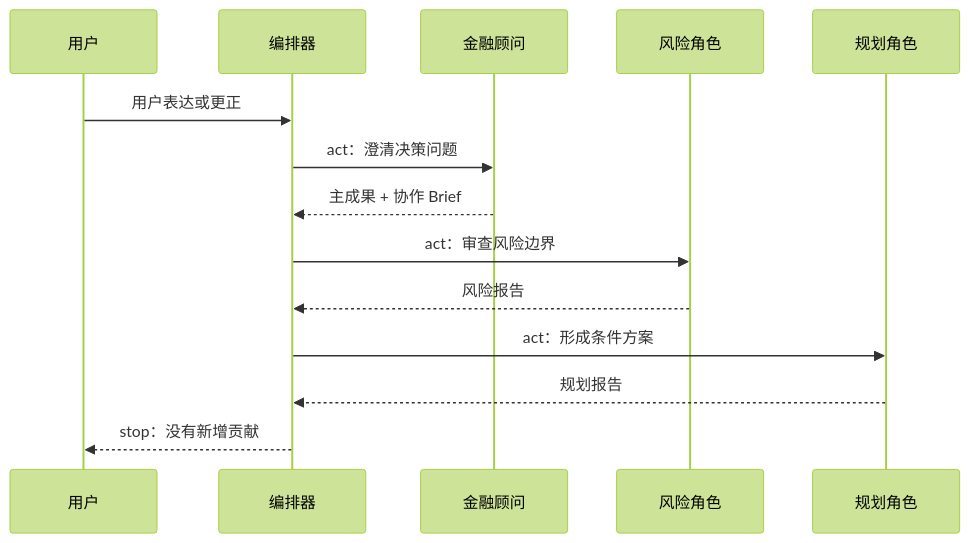
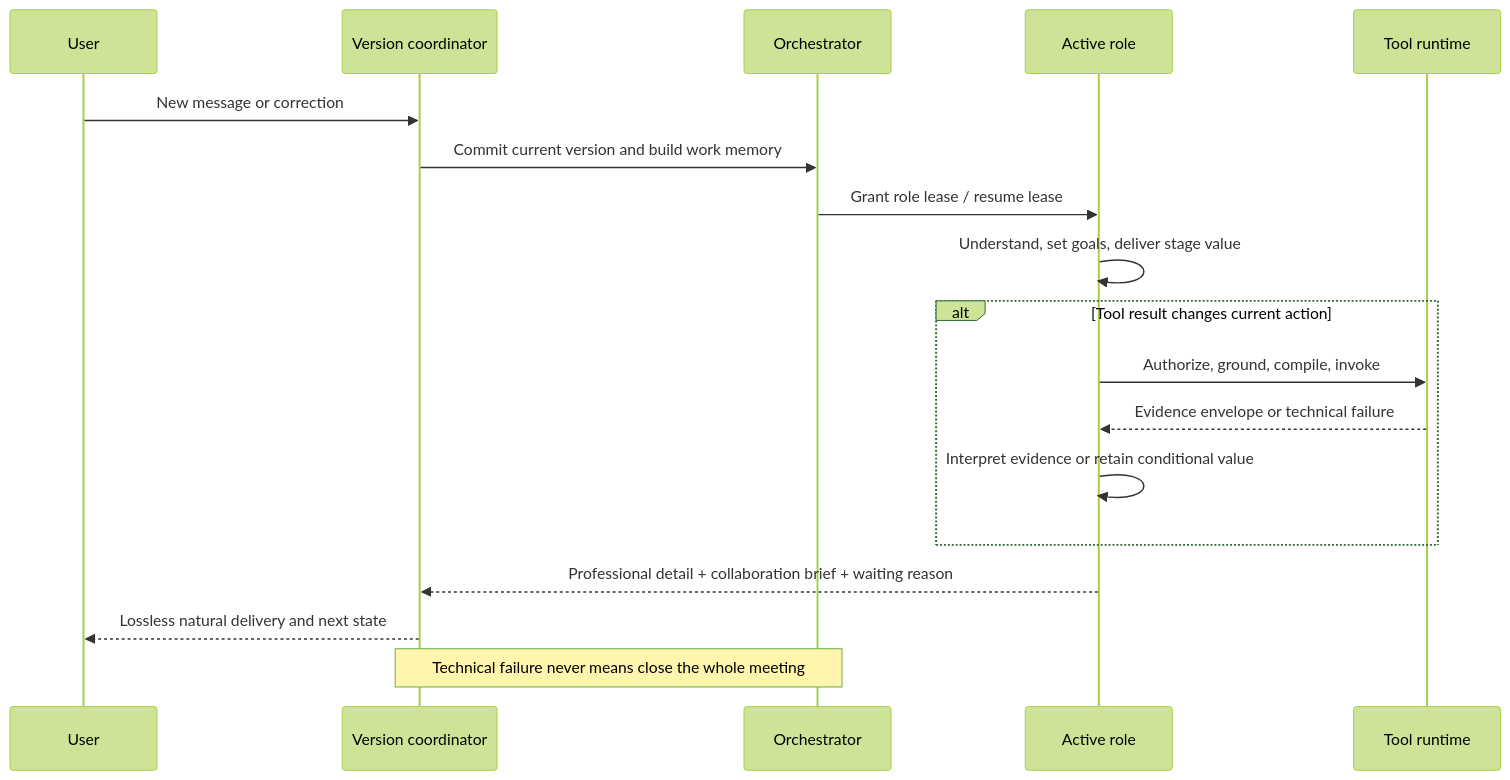
One commit to WXYNB66/-Autonomous-Domain-Agents changed the diagram in diagrams/meeting_flow.mmd. Above: the diagram before and after it, drawn with Mermaid (forest theme). The commit also changed 13 other files, not shown here.

```diff
--- a/diagrams/meeting_flow.mmd
+++ b/diagrams/meeting_flow.mmd
@@ -1,14 +1,19 @@
 sequenceDiagram
-    participant U as 用户
-    participant O as 编排器
-    participant D as 金融顾问
-    participant R as 风险角色
-    participant P as 规划角色
-    U->>O: 用户表达或更正
-    O->>D: act：澄清决策问题
-    D-->>O: 主成果 + 协作 Brief
-    O->>R: act：审查风险边界
-    R-->>O: 风险报告
-    O->>P: act：形成条件方案
-    P-->>O: 规划报告
-    O-->>U: stop：没有新增贡献
+    participant U as User
+    participant V as Version coordinator
+    participant O as Orchestrator
+    participant R as Active role
+    participant T as Tool runtime
+
+    U->>V: New message or correction
+    V->>O: Commit current version and build work memory
+    O->>R: Grant role lease / resume lease
+    R->>R: Understand, set goals, deliver stage value
+    alt Tool result changes current action
+        R->>T: Authorize, ground, compile, invoke
+        T-->>R: Evidence envelope or technical failure
+        R->>R: Interpret evidence or retain conditional value
+    end
+    R-->>V: Professional detail + collaboration brief + waiting reason
+    V-->>U: Lossless natural delivery and next state
+    Note over V,O: Technical failure never means close the whole meeting
```
